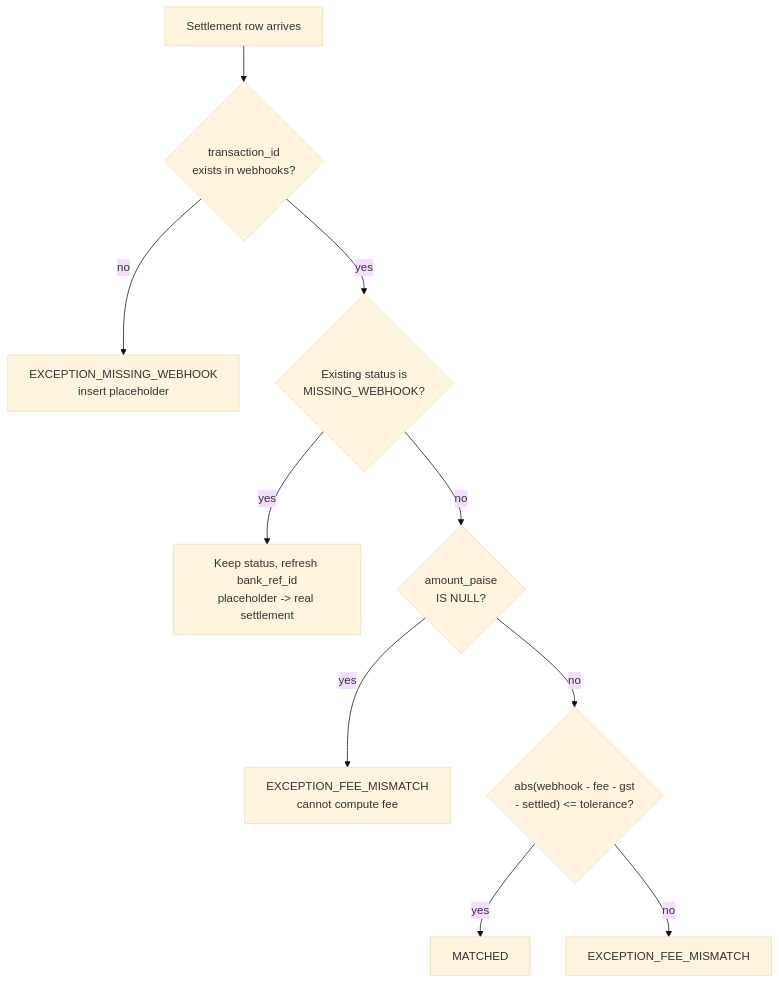
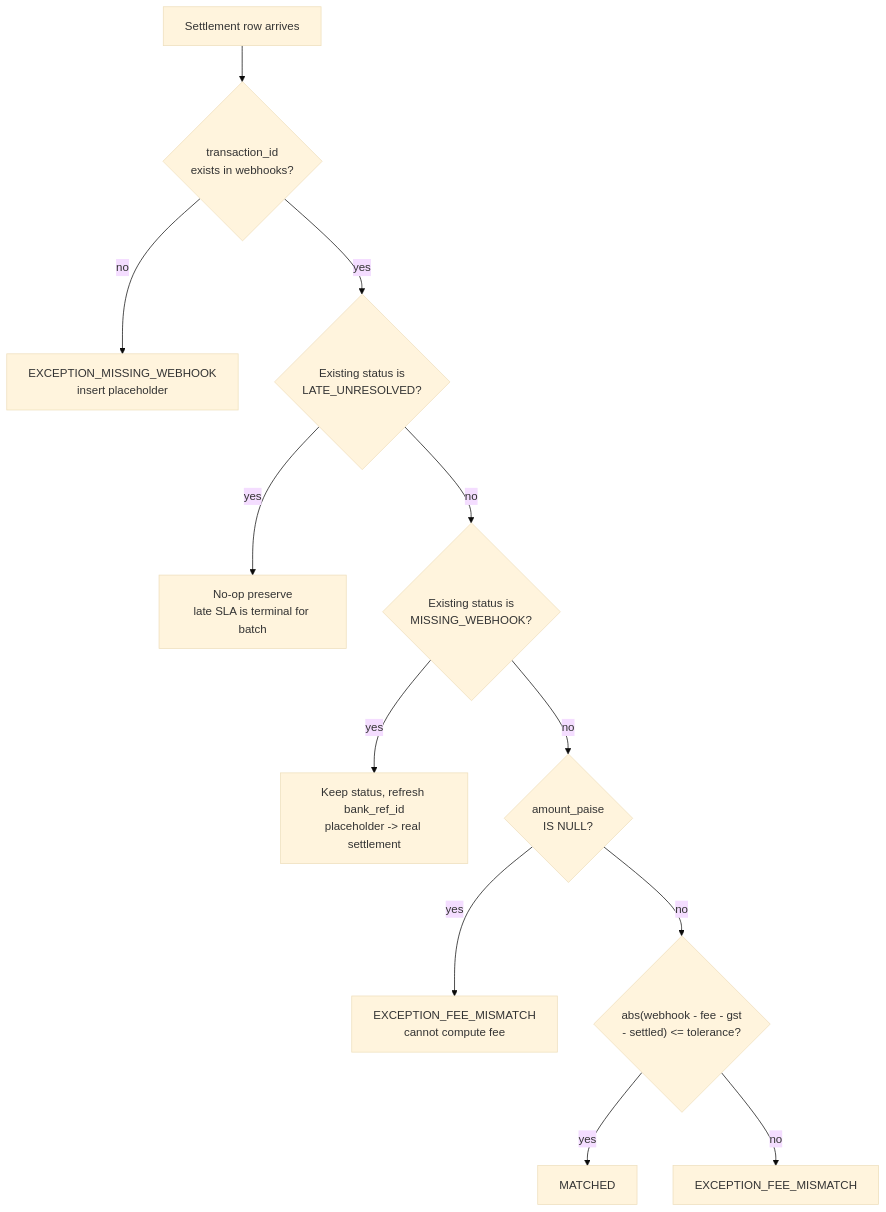
One commit to DhanushPillay/tx-recon changed the second of 2 diagrams in docs/ARCHITECTURE.md. Above: the diagram before and after it, drawn with Mermaid (base theme). The commit also changed other lines of this file and 22 other files, not shown here.

````diff
--- a/docs/ARCHITECTURE.md
+++ b/docs/ARCHITECTURE.md
@@ -32,12 +32,14 @@
 ```mermaid
 flowchart TD
     A[Settlement row arrives] --> B{transaction_id<br/>exists in webhooks?}
     B -->|no| C[EXCEPTION_MISSING_WEBHOOK<br/>insert placeholder]
-    B -->|yes| D{Existing status is<br/>MISSING_WEBHOOK?}
+    B -->|yes| L{Existing status is<br/>LATE_UNRESOLVED?}
+    L -->|yes| M[No-op preserve<br/>late SLA is terminal for batch]
+    L -->|no| D{Existing status is<br/>MISSING_WEBHOOK?}
     D -->|yes| E[Keep status, refresh bank_ref_id<br/>placeholder -> real settlement]
     D -->|no| F{amount_paise<br/>IS NULL?}
     F -->|yes| G[EXCEPTION_FEE_MISMATCH<br/>cannot compute fee]
     F -->|no| H{"abs(webhook - fee - gst<br/>- settled) <= tolerance?"}
     H -->|yes| I[MATCHED]
     H -->|no| J[EXCEPTION_FEE_MISMATCH]
 ```
````
